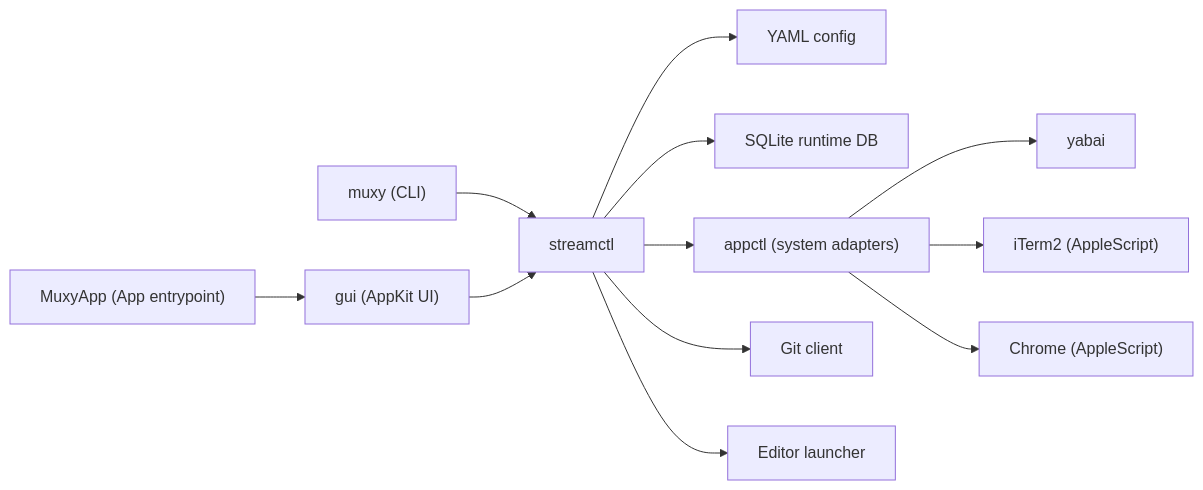
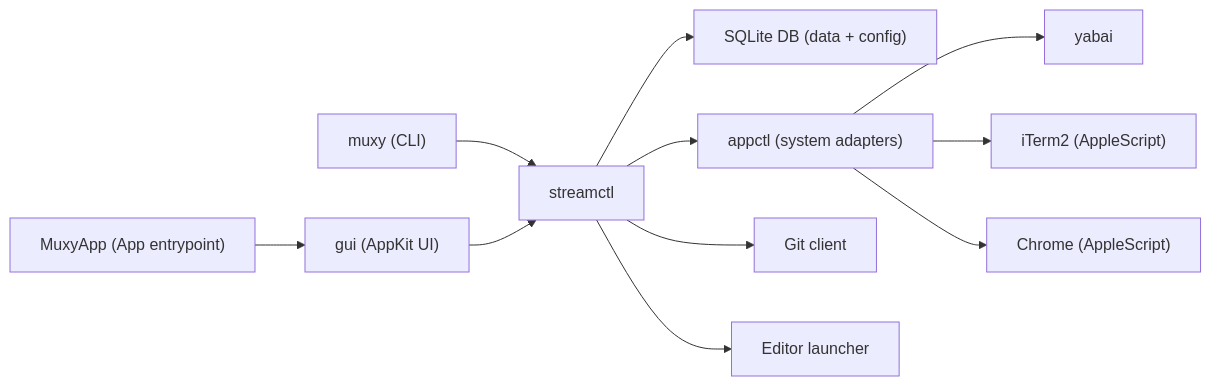
The first of 5 diagrams in apps/macos/docs/architecture.md (yogesh-dhande/spaces), drawn with Mermaid before and after one commit. The commit also changed other lines of this file and 12 other files, not shown here.

Commit message:
Remove YAML-based config in favor of SQLite storage for global preferences

````diff
--- a/apps/macos/docs/architecture.md
+++ b/apps/macos/docs/architecture.md
@@ -18,16 +18,15 @@
 ```mermaid
 flowchart LR
   cli["muxy (CLI)"] --> stream["streamctl"]
   guiapp["MuxyApp (App entrypoint)"] --> gui["gui (AppKit UI)"]
   gui --> stream
 
-  stream --> config["YAML config"]
-  stream --> db["SQLite runtime DB"]
+  stream --> db["SQLite DB (data + config)"]
   stream --> appctl["appctl (system adapters)"]
   stream --> git["Git client"]
   stream --> editor["Editor launcher"]
 
   appctl --> yabai["yabai"]
   appctl --> iterm["iTerm2 (AppleScript)"]
   appctl --> chrome["Chrome (AppleScript)"]
 ```
````
